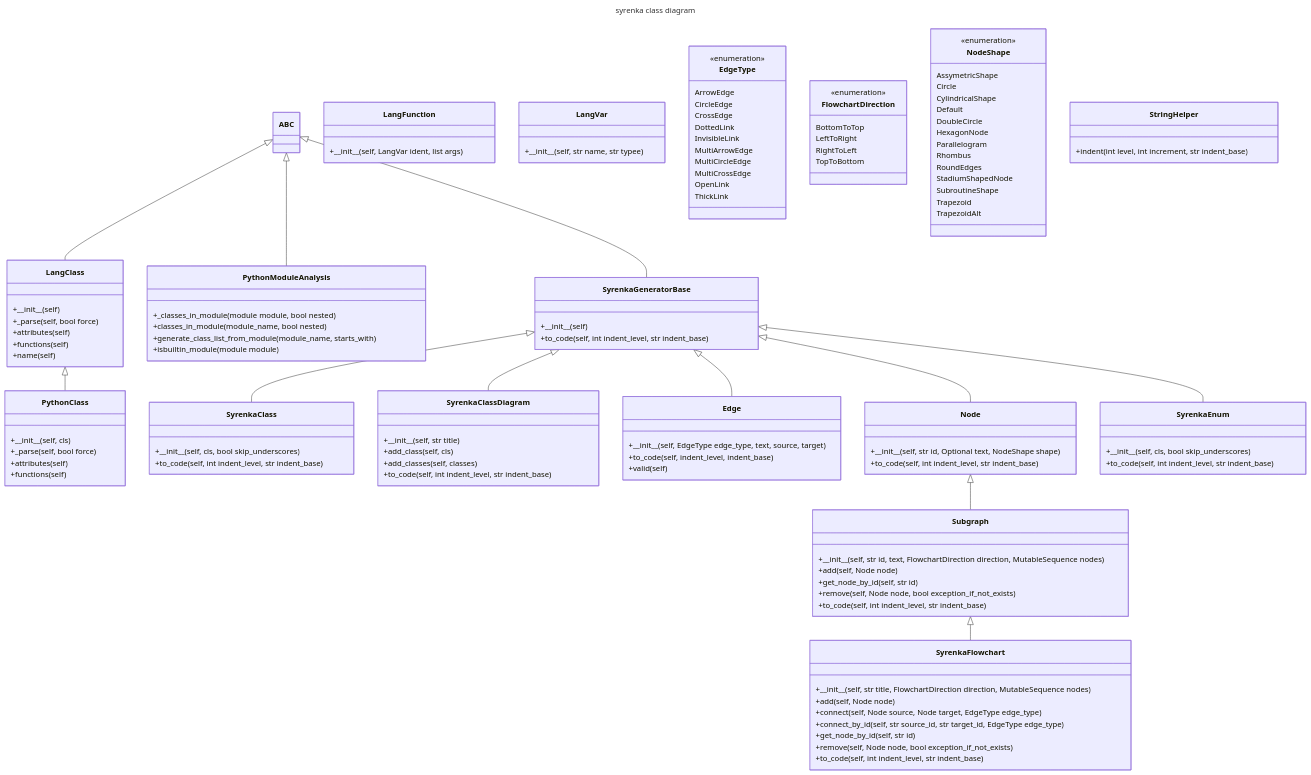
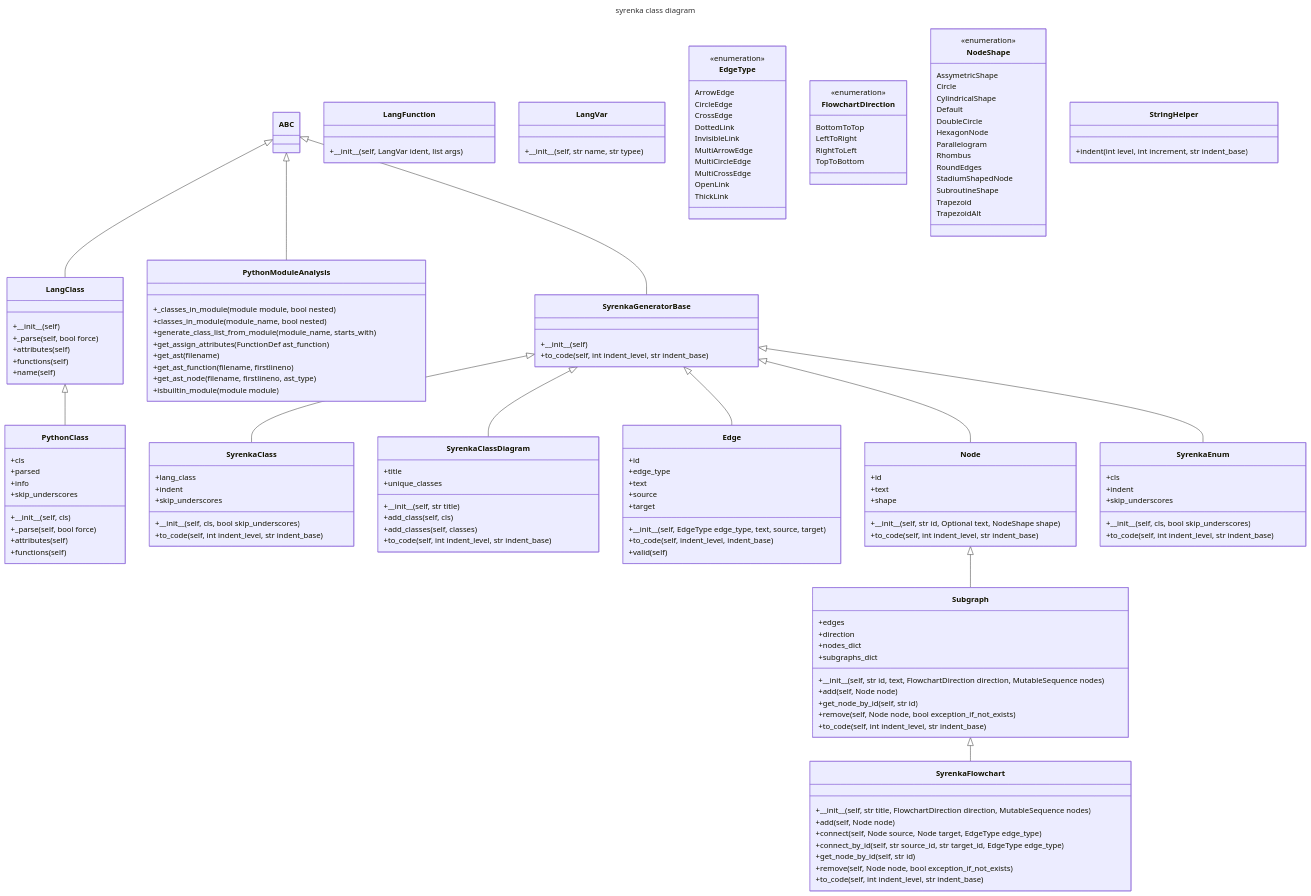
Before and after one commit to bartlomiejcieszkowski/syrenka: the diagram in README.md, drawn with Mermaid. The commit also changed other lines of this file and 2 other files, not shown here.

Commit message:
release 0.2.0

```diff
--- a/README.md
+++ b/README.md
@@ -20,11 +20,16 @@
 ---
 classDiagram
     class SyrenkaClass{
+        +lang_class
+        +indent
+        +skip_underscores
         +\_\_init\_\_(self, cls, bool skip_underscores)
         +to_code(self, int indent_level, str indent_base)
     }
     SyrenkaGeneratorBase <|-- SyrenkaClass
     class SyrenkaClassDiagram{
+        +title
+        +unique_classes
         +\_\_init\_\_(self, str title)
         +add_class(self, cls)
         +add_classes(self, classes)
@@ -56,6 +61,10 @@
         +\_\_init\_\_(self, str name, str typee)
     }
     class PythonClass{
+        +cls
+        +parsed
+        +info
+        +skip_underscores
         +\_\_init\_\_(self, cls)
         +_parse(self, bool force)
         +attributes(self)
@@ -66,10 +75,19 @@
         +_classes_in_module(module module, bool nested)
         +classes_in_module(module_name, bool nested)
         +generate_class_list_from_module(module_name, starts_with)
+        +get_assign_attributes(FunctionDef ast_function)
+        +get_ast(filename)
+        +get_ast_function(filename, firstlineno)
+        +get_ast_node(filename, firstlineno, ast_type)
         +isbuiltin_module(module module)
     }
     ABC <|-- PythonModuleAnalysis
     class Edge{
+        +id
+        +edge_type
+        +text
+        +source
+        +target
         +\_\_init\_\_(self, EdgeType edge_type, text, source, target)
         +to_code(self, indent_level, indent_base)
         +valid(self)
@@ -96,6 +114,9 @@
         TopToBottom
     }
     class Node{
+        +id
+        +text
+        +shape
         +\_\_init\_\_(self, str id, Optional text, NodeShape shape)
         +to_code(self, int indent_level, str indent_base)
     }
@@ -120,6 +141,10 @@
         +indent(int level, int increment, str indent_base)
     }
     class Subgraph{
+        +edges
+        +direction
+        +nodes_dict
+        +subgraphs_dict
         +\_\_init\_\_(self, str id, text, FlowchartDirection direction, MutableSequence nodes)
         +add(self, Node node)
         +get_node_by_id(self, str id)
@@ -133,6 +158,9 @@
     }
     ABC <|-- SyrenkaGeneratorBase
     class SyrenkaEnum{
+        +cls
+        +indent
+        +skip_underscores
         +\_\_init\_\_(self, cls, bool skip_underscores)
         +to_code(self, int indent_level, str indent_base)
     }
```
